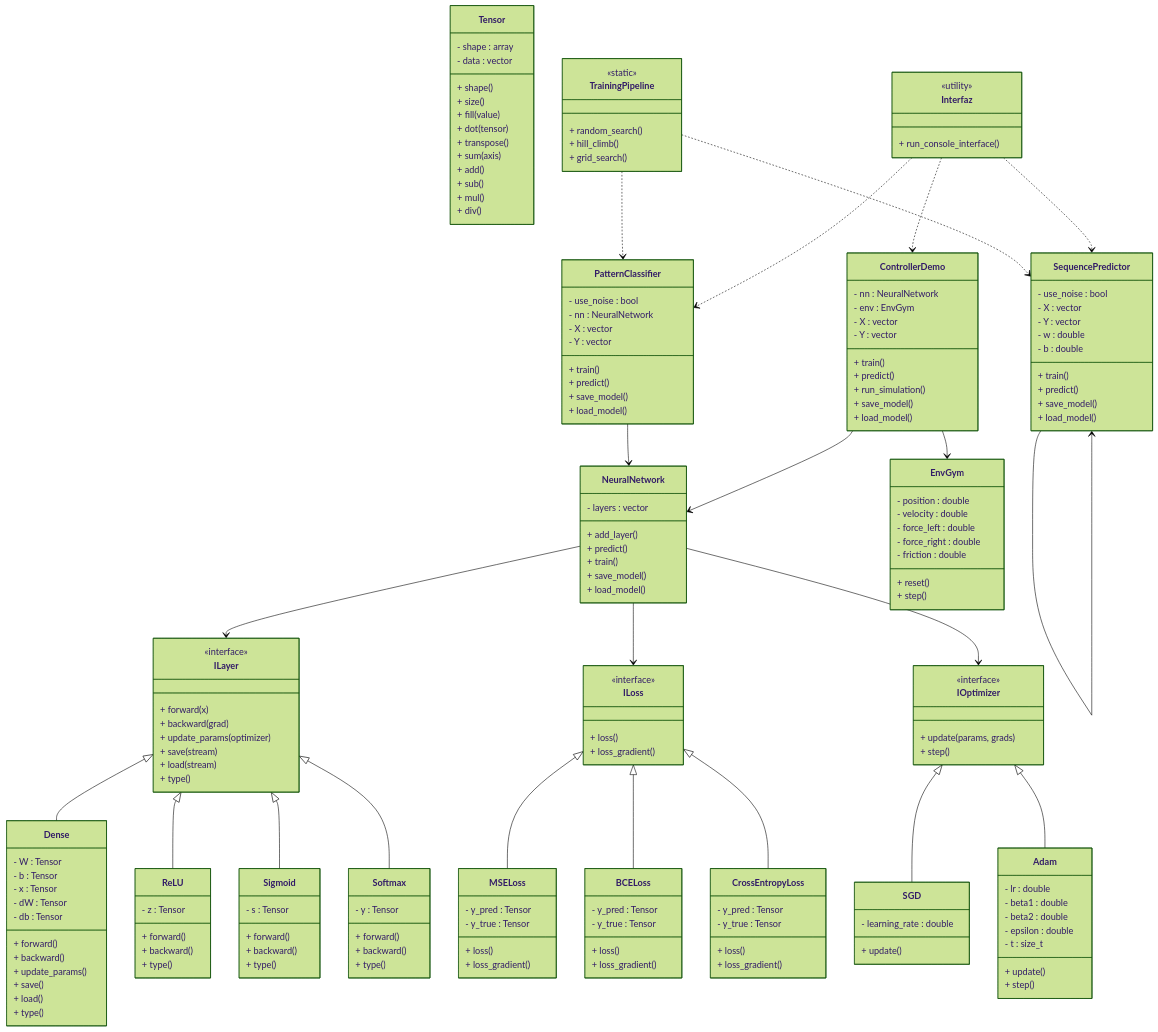
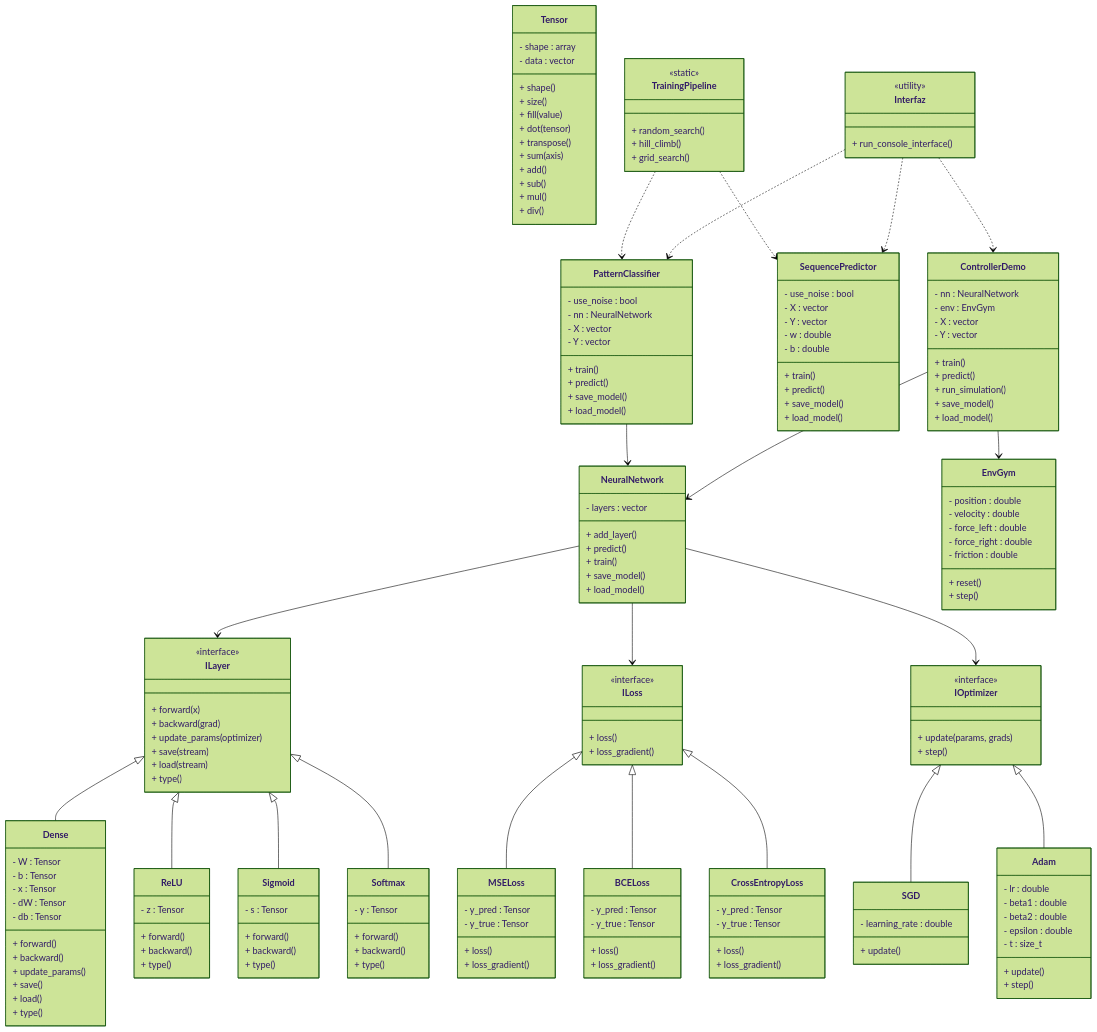
Before and after one commit to CS1103/proyecto-final-2025-2-grupo-666: the diagram in docs/README.md, drawn with Mermaid (forest theme).

Commit message:
feat: Version final README

```diff
--- a/docs/README.md
+++ b/docs/README.md
@@ -641,7 +641,6 @@
     }
 
     PatternClassifier --> NeuralNetwork
-    SequencePredictor --> SequencePredictor
     ControllerDemo --> NeuralNetwork
     ControllerDemo --> EnvGym
 
```
